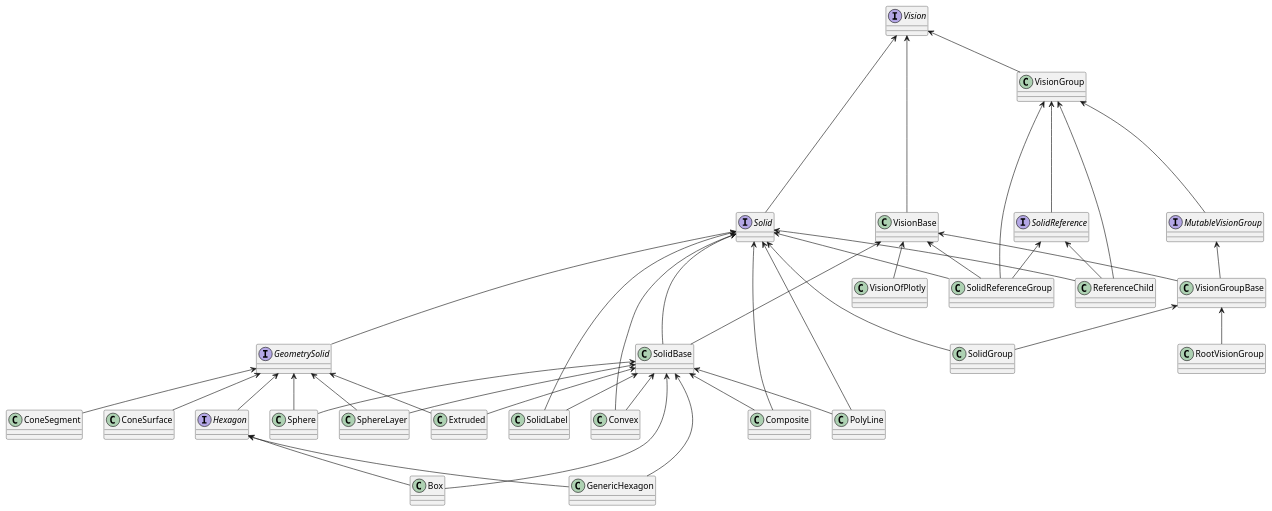
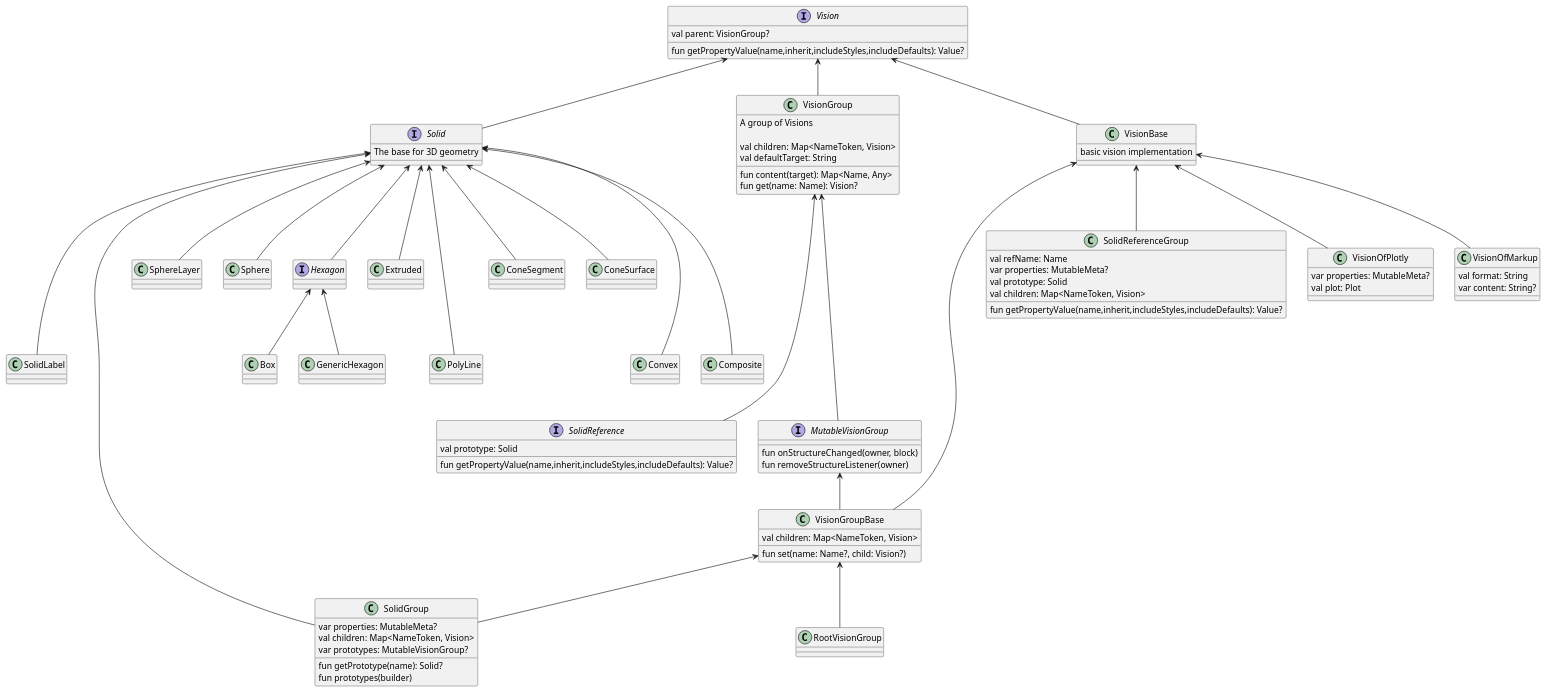
One commit to SciProgCentre/visionforge changed the diagram in docs/uml/Vision.puml. Above: the diagram before and after it, drawn with PlantUML. The commit also changed 3 other files, not shown here.

```diff
--- a/docs/uml/Vision.puml
+++ b/docs/uml/Vision.puml
@@ -1,108 +1,124 @@
 @startuml
 'https://plantuml.com/class-diagram
-interface Vision
 
+interface Vision{
+    val parent: VisionGroup?
+    fun getPropertyValue(name,inherit,includeStyles,includeDefaults): Value?
+}
 
-interface Solid
-Vision <- Solid
+interface Solid{
+    The base for 3D geometry
+}
+Vision <-- Solid
 
+class VisionGroup{
+    A group of Visions
 
-class VisionGroup
+    val children: Map<NameToken, Vision>
+    val defaultTarget: String
+
+    fun content(target): Map<Name, Any>
+    fun get(name: Name): Vision?
+}
 Vision <-- VisionGroup
 
-class VisionBase
-Vision <- VisionBase
+class VisionBase{
+    basic vision implementation
+}
+Vision <-- VisionBase
 
 
 class SolidLabel
 Solid <--- SolidLabel
-SolidBase <-- SolidLabel
 
-class SolidGroup
+class SolidGroup{
+    var properties: MutableMeta?
+    val children: Map<NameToken, Vision>
+    var prototypes: MutableVisionGroup?
+
+    fun getPrototype(name): Solid?
+    fun prototypes(builder)
+}
 Solid <--- SolidGroup
 VisionGroupBase <-- SolidGroup
 
-class SolidBase
-Solid <--- SolidBase
-VisionBase <-- SolidBase
-
-
 class SphereLayer
-SolidBase <-- SphereLayer
-GeometrySolid <-- SphereLayer
+Solid <-- SphereLayer
 
 class Sphere
-SolidBase <-- Sphere
-GeometrySolid <-- Sphere
+Solid <-- Sphere
 
 class Box
-SolidBase <-- Box
 Hexagon <-- Box
 
 class GenericHexagon
-SolidBase <-- GenericHexagon
 Hexagon <-- GenericHexagon
 
 class Extruded
-SolidBase <-- Extruded
-GeometrySolid <-- Extruded
+Solid <-- Extruded
 
 
 class PolyLine
 Solid <--- PolyLine
-SolidBase <-- PolyLine
-
-interface GeometrySolid
-Solid <--- GeometrySolid
 
 
 interface Hexagon
-GeometrySolid <-- Hexagon
+Solid <-- Hexagon
 
 class ConeSegment
-GeometrySolid <-- ConeSegment
+Solid <-- ConeSegment
 
 class ConeSurface
-GeometrySolid <-- ConeSurface
+Solid <-- ConeSurface
 
 
 class Convex
 Solid <--- Convex
-SolidBase <-- Convex
 
 class Composite
 Solid <--- Composite
-SolidBase <-- Composite
 
 
-interface SolidReference
+interface SolidReference{
+    val prototype: Solid
+    fun getPropertyValue(name,inherit,includeStyles,includeDefaults): Value?
+}
 VisionGroup <---- SolidReference
 
-interface MutableVisionGroup
+class SolidReferenceGroup{
+    val refName: Name
+    var properties: MutableMeta?
+    val prototype: Solid
+    val children: Map<NameToken, Vision>
+    fun getPropertyValue(name,inherit,includeStyles,includeDefaults): Value?
+}
+VisionBase <-- SolidReferenceGroup
+
+interface MutableVisionGroup{
+    fun onStructureChanged(owner, block)
+    fun removeStructureListener(owner)
+}
 VisionGroup <---- MutableVisionGroup
 
-class SolidReferenceGroup
-VisionGroup <-- SolidReferenceGroup
-Solid <-- SolidReferenceGroup
-VisionBase <-- SolidReferenceGroup
-SolidReference <-- SolidReferenceGroup
-
-class ReferenceChild
-VisionGroup <-- ReferenceChild
-Solid <-- ReferenceChild
-SolidReference <-- ReferenceChild
-
-
-class VisionGroupBase
+class VisionGroupBase{
+    val children: Map<NameToken, Vision>
+    fun set(name: Name?, child: Vision?)
+}
 VisionBase <-- VisionGroupBase
 MutableVisionGroup <-- VisionGroupBase
-
-
 
 class RootVisionGroup
 VisionGroupBase <-- RootVisionGroup
 
+class VisionOfPlotly{
+     var properties: MutableMeta?
+     val plot: Plot
+}
+VisionBase <-- VisionOfPlotly
 
-class VisionOfPlotly
-VisionBase <-- VisionOfPlotly
+class VisionOfMarkup{
+    val format: String
+    var content: String?
+}
+VisionBase <-- VisionOfMarkup
 @enduml
```
